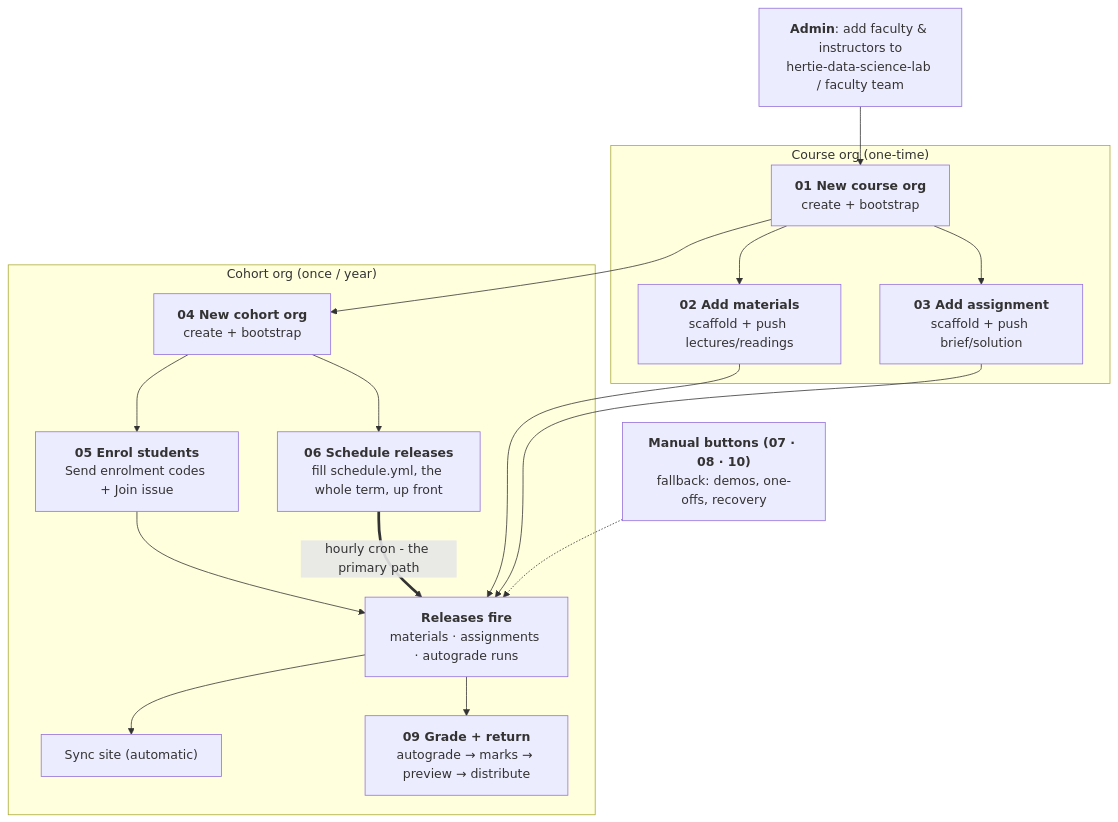
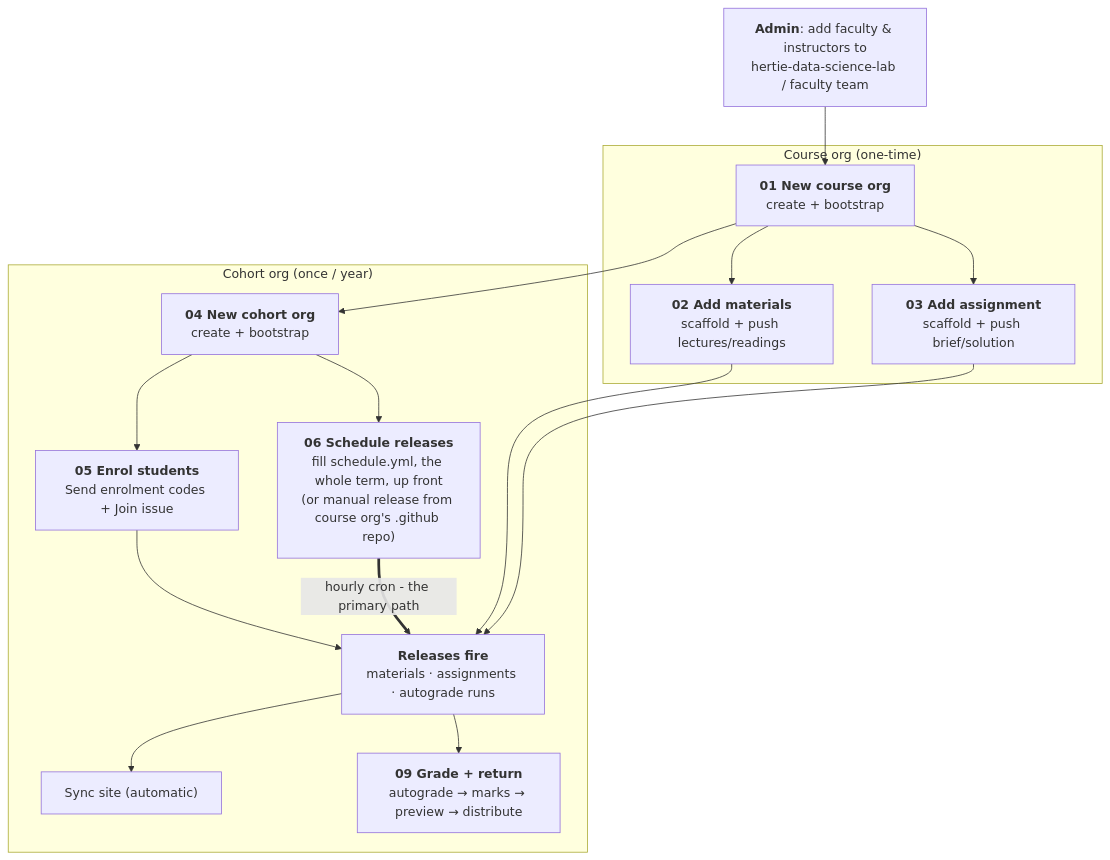
Before and after one commit to hertie-data-science-lab/dsl-teaching-course-setup: the diagram in docs/faculty-and-instructors/README.md, drawn with Mermaid. The commit also changed other lines of this file and 49 other files, not shown here.

````diff
--- a/docs/faculty-and-instructors/README.md
+++ b/docs/faculty-and-instructors/README.md
@@ -20,42 +20,41 @@
 ```mermaid
 flowchart TD
   A["`**Admin**: add faculty & instructors to
 hertie-data-science-lab / faculty team`"] --> B
 
   subgraph COURSE["Course org (one-time)"]
     B["`**01 New course org**
 create + bootstrap`"]
     C["`**02 Add materials**
 scaffold + push lectures/readings`"]
     D["`**03 Add assignment**
 scaffold + push brief/solution`"]
     B --> C
     B --> D
   end
 
   subgraph COHORT["Cohort org (once / year)"]
     E["`**04 New cohort org**
 create + bootstrap`"]
     F["`**05 Enrol students**
 Send enrolment codes + Join issue`"]
     S["`**06 Schedule releases**
-fill schedule.yml, the whole term, up front`"]
+fill schedule.yml, the whole term, up front
+(or manual release from course org's .github repo)`"]
     G["`**Releases fire**
 materials · assignments · autograde runs`"]
     I["Sync site (automatic)"]
     J["`**09 Grade + return**
 autograde → marks → preview → distribute`"]
     E --> F
     E --> S
     F --> G
     S ==>|"hourly cron - the primary path"| G
     G --> I
     G --> J
   end
 
   B --> E
   C --> G
   D --> G
-  M["`**Manual buttons (07 · 08 · 10)**
-fallback: demos, one-offs, recovery`"] -.-> G
 ```
````
